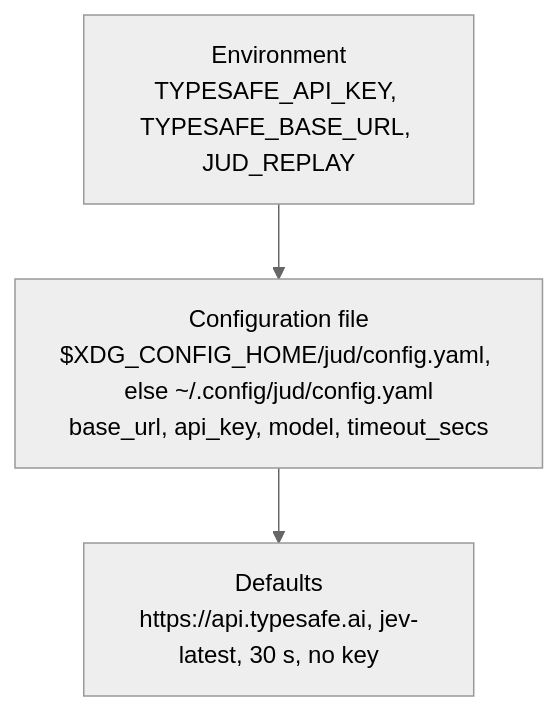
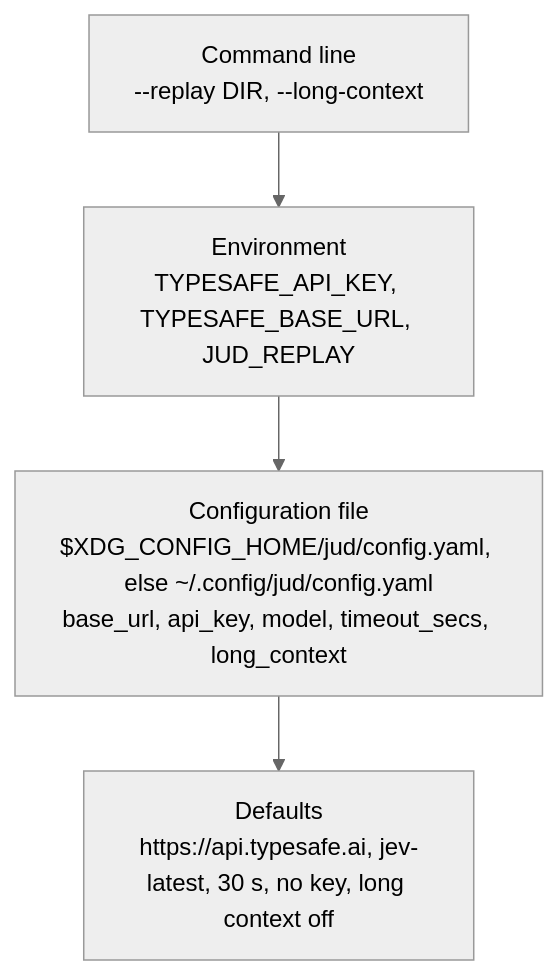
Before and after one commit to chussenot/judgment: the diagram in docs/reference/configuration.md, drawn with Mermaid (neutral theme). The commit also changed other lines of this file and 17 other files, not shown here.

````diff
--- a/docs/reference/configuration.md
+++ b/docs/reference/configuration.md
@@ -19,6 +19,7 @@
 ```mermaid
 flowchart TD
+    C["Command line<br/>--replay DIR, --long-context"] --> E
     E["Environment<br/>TYPESAFE_API_KEY, TYPESAFE_BASE_URL, JUD_REPLAY"] --> F
-    F["Configuration file<br/>$XDG_CONFIG_HOME/jud/config.yaml, else ~/.config/jud/config.yaml<br/>base_url, api_key, model, timeout_secs"] --> D
-    D["Defaults<br/>https://api.typesafe.ai, jev-latest, 30 s, no key"]
+    F["Configuration file<br/>$XDG_CONFIG_HOME/jud/config.yaml, else ~/.config/jud/config.yaml<br/>base_url, api_key, model, timeout_secs, long_context"] --> D
+    D["Defaults<br/>https://api.typesafe.ai, jev-latest, 30 s, no key, long context off"]
 ```
````
